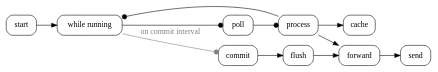
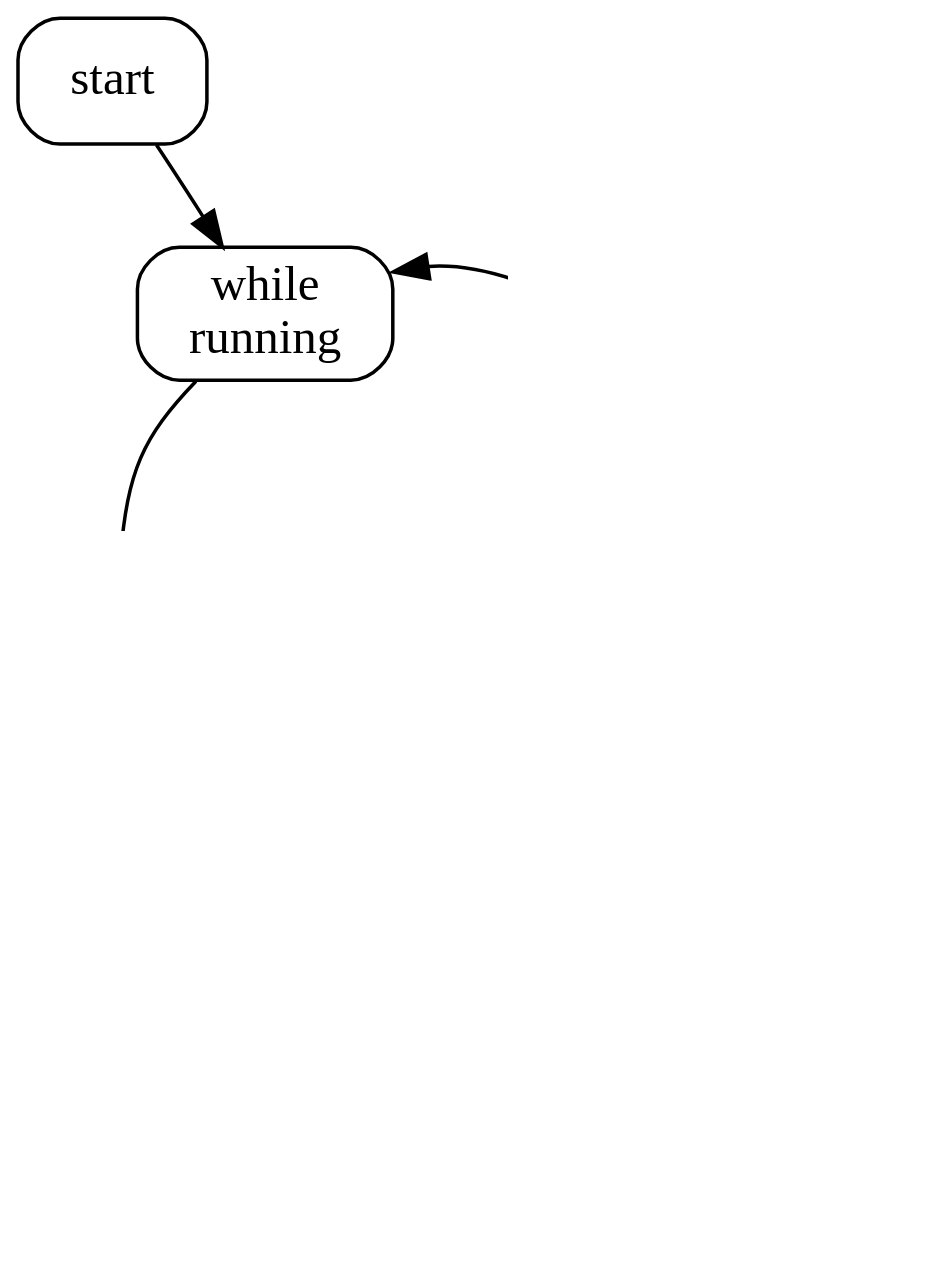
Before and after one commit to inponomarev/kstreams-testing-pitfalls: diagram 19 of 33 in slides/src/main/asciidoc/lecture.adoc, drawn with Graphviz. The commit also changed other lines of this file, not shown here.

```diff
--- a/slides/src/main/asciidoc/lecture.adoc
+++ b/slides/src/main/asciidoc/lecture.adoc
@@ -921,27 +872,21 @@
 [graphviz,"streamsloop.png"]
 ----
 digraph G {
-rankdir="LR";
-node[shape="box"; style="rounded"];
-start [];
-runLoop [label="while running", ];
-poll [];
-process [];
-cache [];
-forward [];
-send [];
-commit [];
-flush [];
-
-start -> runLoop;
-runLoop -> poll [arrowhead="dot"];
-poll -> process [arrowhead="dot"];
-process -> forward;
-process -> cache;
-forward -> send;
-process -> runLoop [arrowhead="dot"];
-commit -> flush;
-flush -> forward;
-runLoop -> commit [arrowhead="dot", label="on commit interval", color="grey", fontcolor="grey"];
+  graph [dpi = 180];
+  layout="neato";
+  splines=curved;
+  node[shape="box"; style="rounded"];
+  edge[len=1.3]
+  start[pos="-1,3!"];
+  start -> while[len=1];
+  while -> poll;
+  poll -> process;
+  process -> forward;
+  forward -> send;
+  send -> commit;
+  commit -> while;
+  while[label="while\nrunning"]
+  process -> cache;
+  cache -> forward[label="\nif time to flush"];
 }
 ----
```
